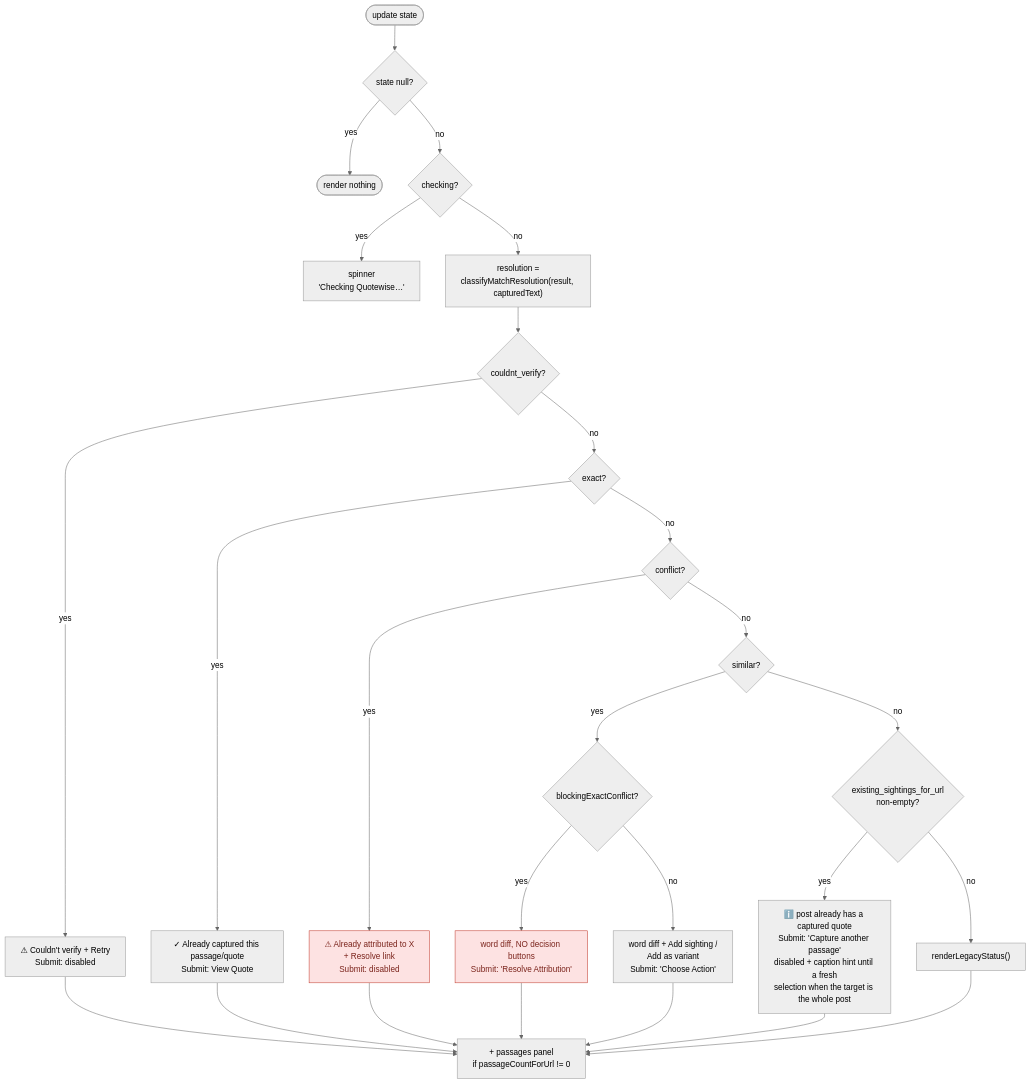
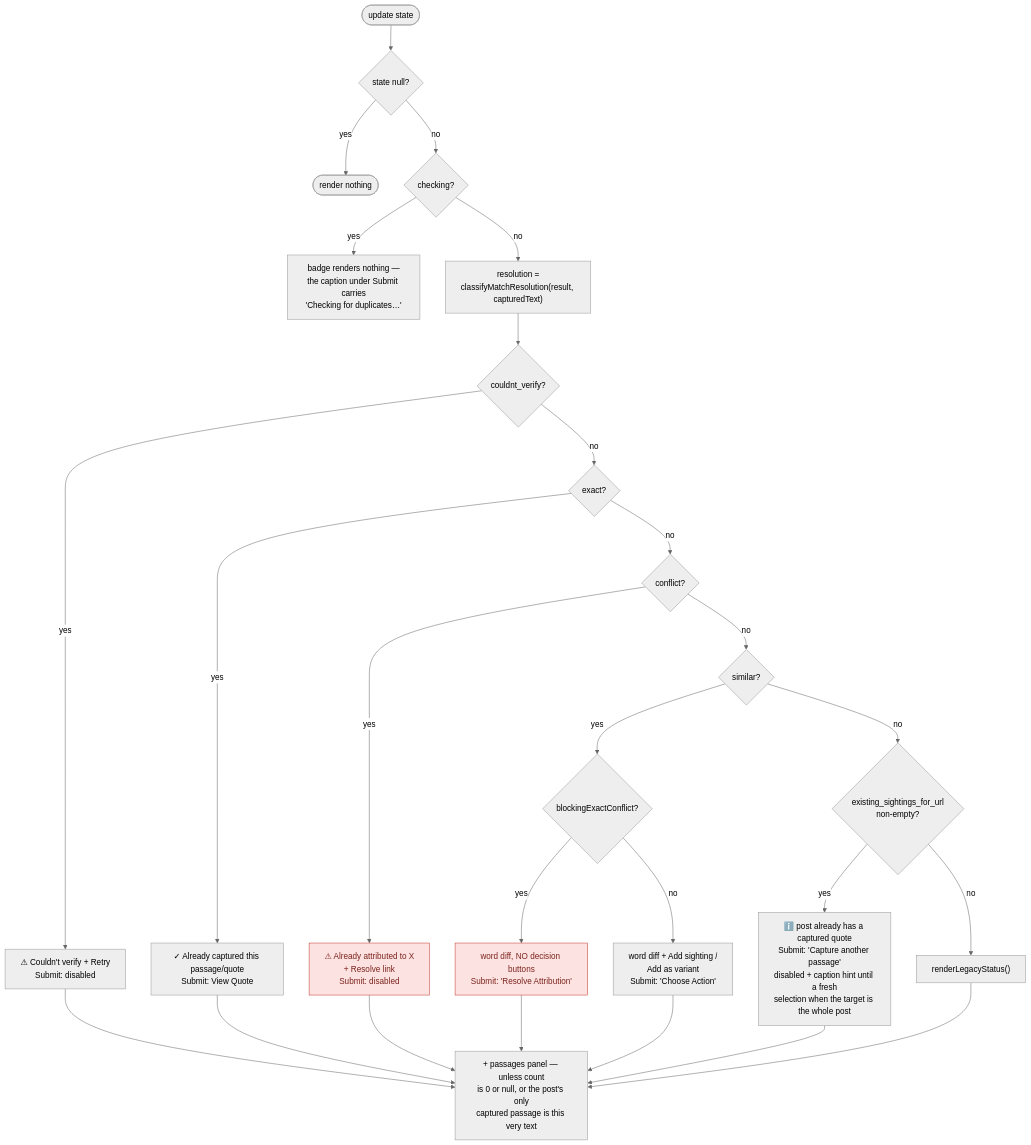
The third of 6 diagrams in docs/status-and-badging-resolution.md (quotewise/quotewise-browser-extension), drawn with Mermaid (neutral theme) before and after one commit. The commit also changed other lines of this file, not shown here.

````diff
--- a/docs/status-and-badging-resolution.md
+++ b/docs/status-and-badging-resolution.md
@@ -224,32 +224,32 @@
 ```mermaid
 flowchart TD
     U([update state]) --> N{state null?}
     N -->|yes| CLEAR([render nothing])
     N -->|no| CHK{checking?}
-    CHK -->|yes| SPIN["spinner<br/>'Checking Quotewise…'"]
+    CHK -->|yes| SPIN["badge renders nothing —<br/>the caption under Submit carries<br/>'Checking for duplicates…'"]
 
     CHK -->|no| RES["resolution =<br/>classifyMatchResolution(result, capturedText)"]
 
     RES --> CV{couldnt_verify?}
     CV -->|yes| CVR["⚠ Couldn't verify + Retry<br/>Submit: disabled"]
 
     CV -->|no| EX{exact?}
     EX -->|yes| EXR["✓ Already captured this passage/quote<br/>Submit: View Quote"]
 
     EX -->|no| CO{conflict?}
     CO -->|yes| COR["⚠ Already attributed to X<br/>+ Resolve link<br/>Submit: disabled"]
 
     CO -->|no| SIM{similar?}
     SIM -->|yes| BLK{blockingExactConflict?}
     BLK -->|yes| BLKR["word diff, NO decision buttons<br/>Submit: 'Resolve Attribution'"]
     BLK -->|no| SIMR["word diff + Add sighting /<br/>Add as variant<br/>Submit: 'Choose Action'"]
 
     SIM -->|no| URL{"existing_sightings_for_url<br/>non-empty?"}
     URL -->|yes| URLR["ℹ️ post already has a captured quote<br/>Submit: 'Capture another passage'<br/>disabled + caption hint until a fresh<br/>selection when the target is the whole post"]
     URL -->|no| LEG["renderLegacyStatus()"]
 
-    CVR & EXR & COR & BLKR & SIMR & URLR & LEG --> PANEL["+ passages panel<br/>if passageCountForUrl != 0"]
+    CVR & EXR & COR & BLKR & SIMR & URLR & LEG --> PANEL["+ passages panel — unless count<br/>is 0 or null, or the post's only<br/>captured passage is this very text"]
 
     classDef danger fill:#fde2e2,stroke:#c0392b,color:#7b241c
     class COR,BLKR danger
 ```
````
